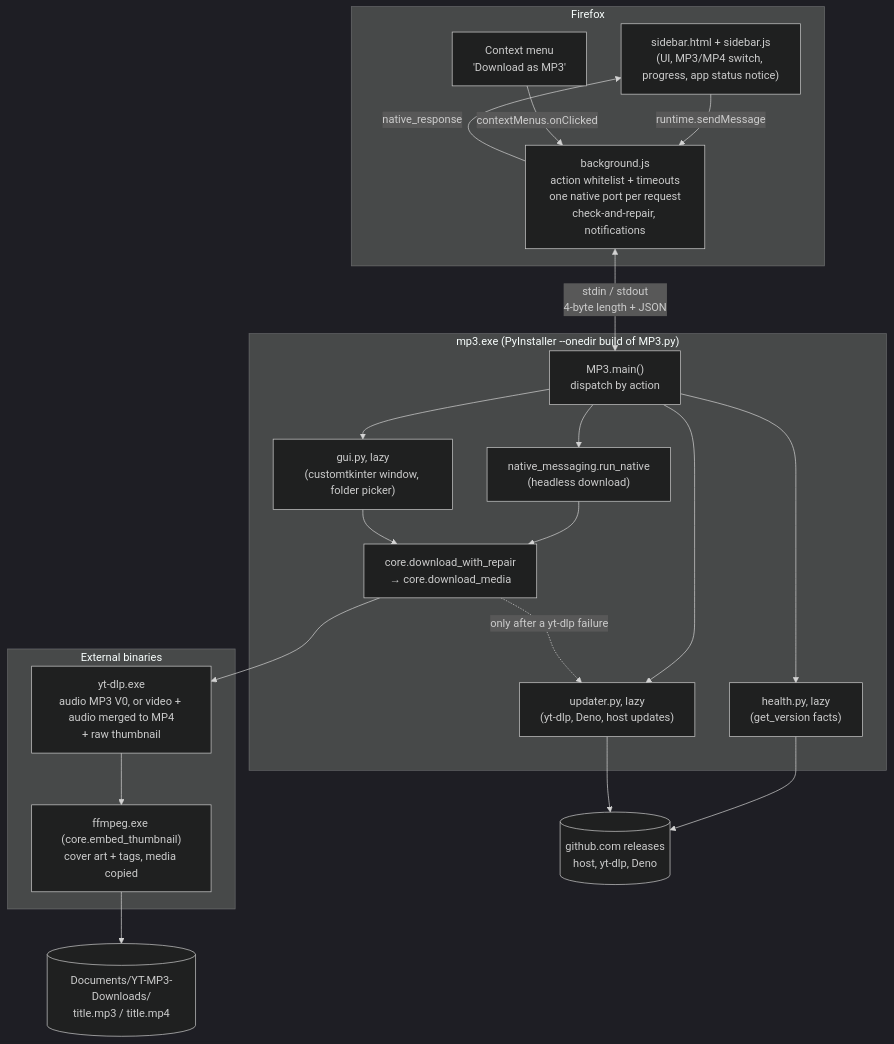
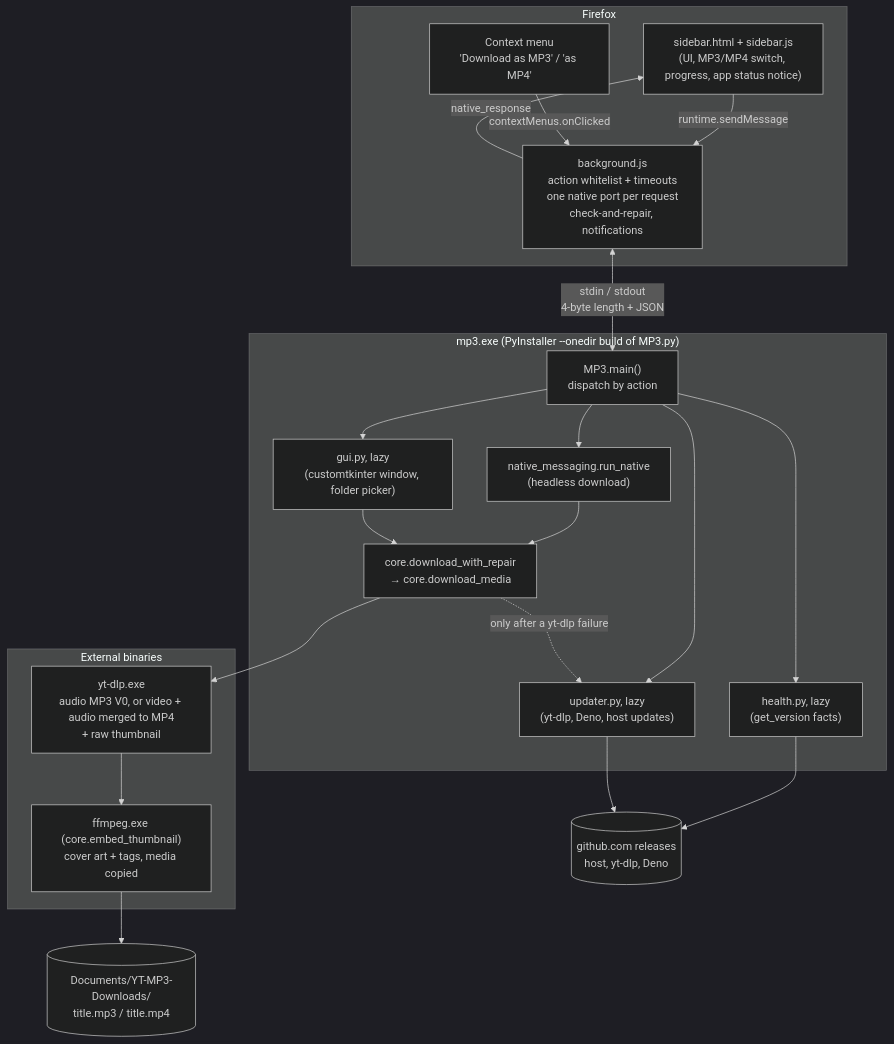
The first of 22 diagrams in ARCHITECTURE.md (martin-iflap/YT-MP3-Downloader), drawn with Mermaid (dark theme) before and after one commit. The commit also changed other lines of this file and 12 other files, not shown here.

Commit message:
updated link context menu and app name changed to MP3 & MP4.

````diff
--- a/ARCHITECTURE.md
+++ b/ARCHITECTURE.md
@@ -15,39 +15,39 @@
 ```mermaid
 flowchart TB
     subgraph FF["Firefox"]
         SB["sidebar.html + sidebar.js<br/>(UI, MP3/MP4 switch, progress, app status notice)"]
-        CM["Context menu<br/>'Download as MP3'"]
+        CM["Context menu<br/>'Download as MP3' / 'as MP4'"]
         BG["background.js<br/>action whitelist + timeouts<br/>one native port per request<br/>check-and-repair, notifications"]
         SB -- "runtime.sendMessage" --> BG
         CM -- "contextMenus.onClicked" --> BG
         BG -- "native_response" --> SB
     end
 
     subgraph HOST["mp3.exe (PyInstaller --onedir build of MP3.py)"]
         MAIN["MP3.main()<br/>dispatch by action"]
         RN["native_messaging.run_native<br/>(headless download)"]
         GUI["gui.py, lazy<br/>(customtkinter window, folder picker)"]
         CORE["core.download_with_repair<br/>→ core.download_media"]
         HEALTH["health.py, lazy<br/>(get_version facts)"]
         UPD["updater.py, lazy<br/>(yt-dlp, Deno, host updates)"]
         MAIN --> RN --> CORE
         MAIN --> GUI --> CORE
         MAIN --> HEALTH
         MAIN --> UPD
         CORE -. "only after a yt-dlp failure" .-> UPD
     end
 
     subgraph TOOLS["External binaries"]
         YT["yt-dlp.exe<br/>audio MP3 V0, or video + audio merged to MP4<br/>+ raw thumbnail"]
         FFM["ffmpeg.exe (core.embed_thumbnail)<br/>cover art + tags, media copied"]
         YT --> FFM
     end
 
     GH[("github.com releases<br/>host, yt-dlp, Deno")]
 
     BG <-- "stdin / stdout<br/>4-byte length + JSON" --> MAIN
     CORE --> YT
     FFM --> OUT[("Documents/YT-MP3-Downloads/<br/>title.mp3 / title.mp4")]
     HEALTH --> GH
     UPD --> GH
 ```
````
